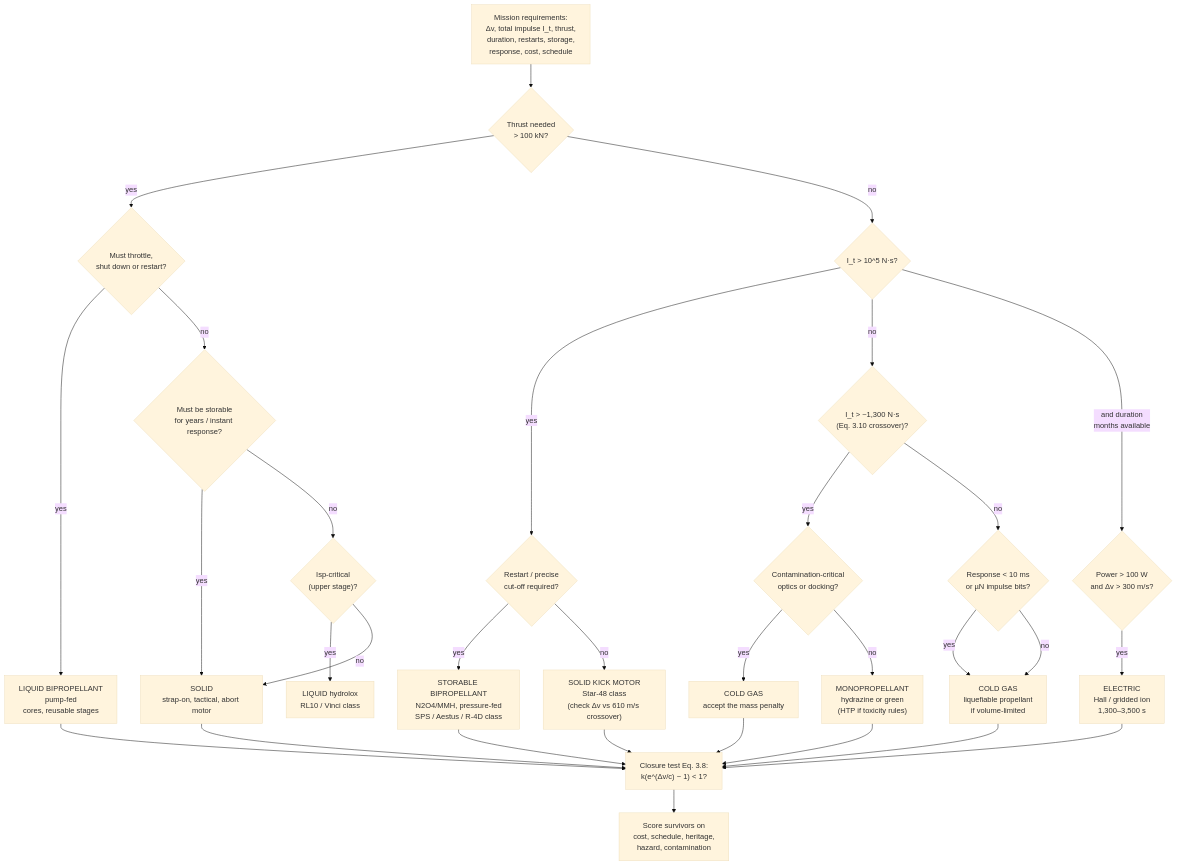
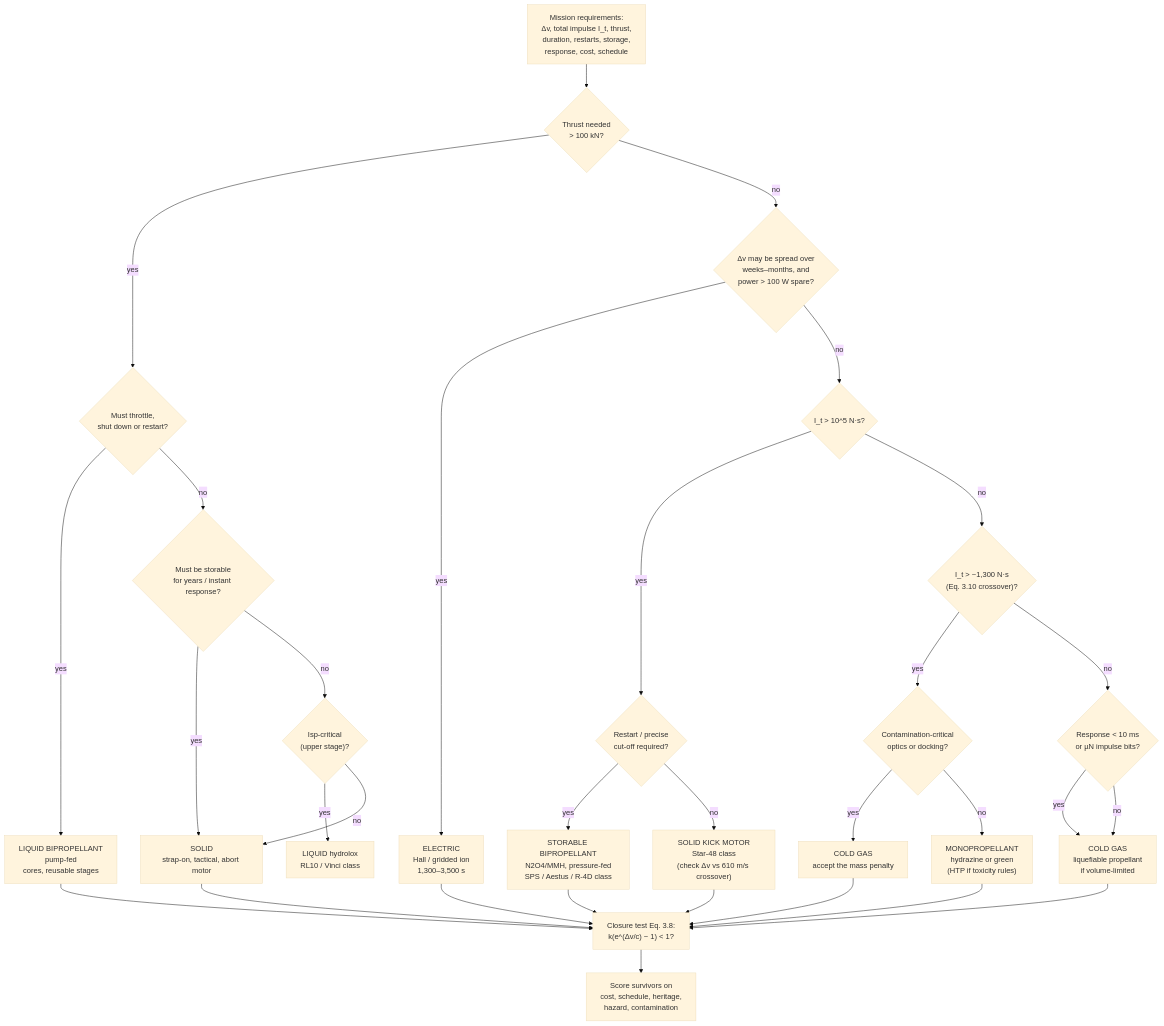
Before and after one commit to Daxjdavis526/Projects: the diagram in propulsion/part5-cross-system/32-comparison.md, drawn with Mermaid (base theme). The commit also changed 4 other files, not shown here.

````diff
--- a/propulsion/part5-cross-system/32-comparison.md
+++ b/propulsion/part5-cross-system/32-comparison.md
@@ -1138,38 +1138,37 @@
 ```mermaid
 flowchart TD
   START["Mission requirements:<br/>Δv, total impulse I_t, thrust,<br/>duration, restarts, storage,<br/>response, cost, schedule"] --> Q1{"Thrust needed<br/>> 100 kN?"}
 
   Q1 -- yes --> L1{"Must throttle,<br/>shut down or restart?"}
   L1 -- yes --> LIQ["LIQUID BIPROPELLANT<br/>pump-fed<br/>cores, reusable stages"]
   L1 -- no --> L2{"Must be storable<br/>for years / instant response?"}
   L2 -- yes --> SOL1["SOLID<br/>strap-on, tactical, abort motor"]
   L2 -- no --> L3{"Isp-critical<br/>(upper stage)?"}
   L3 -- yes --> LIQ2["LIQUID hydrolox<br/>RL10 / Vinci class"]
   L3 -- no --> SOL1
 
-  Q1 -- no --> Q2{"I_t > 10^5 N·s?"}
+  Q1 -- no --> QEP{"Δv may be spread over<br/>weeks–months, and<br/>power > 100 W spare?"}
+  QEP -- yes --> EP["ELECTRIC<br/>Hall / gridded ion<br/>1,300–3,500 s"]
+  QEP -- no --> Q2{"I_t > 10^5 N·s?"}
   Q2 -- yes --> Q2a{"Restart / precise<br/>cut-off required?"}
   Q2a -- yes --> BIP["STORABLE BIPROPELLANT<br/>N2O4/MMH, pressure-fed<br/>SPS / Aestus / R-4D class"]
   Q2a -- no --> KICK["SOLID KICK MOTOR<br/>Star-48 class<br/>(check Δv vs 610 m/s crossover)"]
 
   Q2 -- no --> Q3{"I_t > ~1,300 N·s<br/>(Eq. 3.10 crossover)?"}
   Q3 -- yes --> Q3a{"Contamination-critical<br/>optics or docking?"}
   Q3a -- yes --> CG2["COLD GAS<br/>accept the mass penalty"]
   Q3a -- no --> MONO["MONOPROPELLANT<br/>hydrazine or green<br/>(HTP if toxicity rules)"]
   Q3 -- no --> Q4{"Response < 10 ms<br/>or µN impulse bits?"}
   Q4 -- yes --> CG["COLD GAS<br/>liquefiable propellant<br/>if volume-limited"]
   Q4 -- no --> CG
 
-  Q2 -- "and duration<br/>months available" --> Q5{"Power > 100 W<br/>and Δv > 300 m/s?"}
-  Q5 -- yes --> EP["ELECTRIC<br/>Hall / gridded ion<br/>1,300–3,500 s"]
-
   LIQ --> CHK["Closure test Eq. 3.8:<br/>k(e^(Δv/c) − 1) < 1?"]
   SOL1 --> CHK
   BIP --> CHK
   KICK --> CHK
   MONO --> CHK
   CG --> CHK
   CG2 --> CHK
   EP --> CHK
   CHK --> DONE["Score survivors on<br/>cost, schedule, heritage,<br/>hazard, contamination"]
 ```
````
